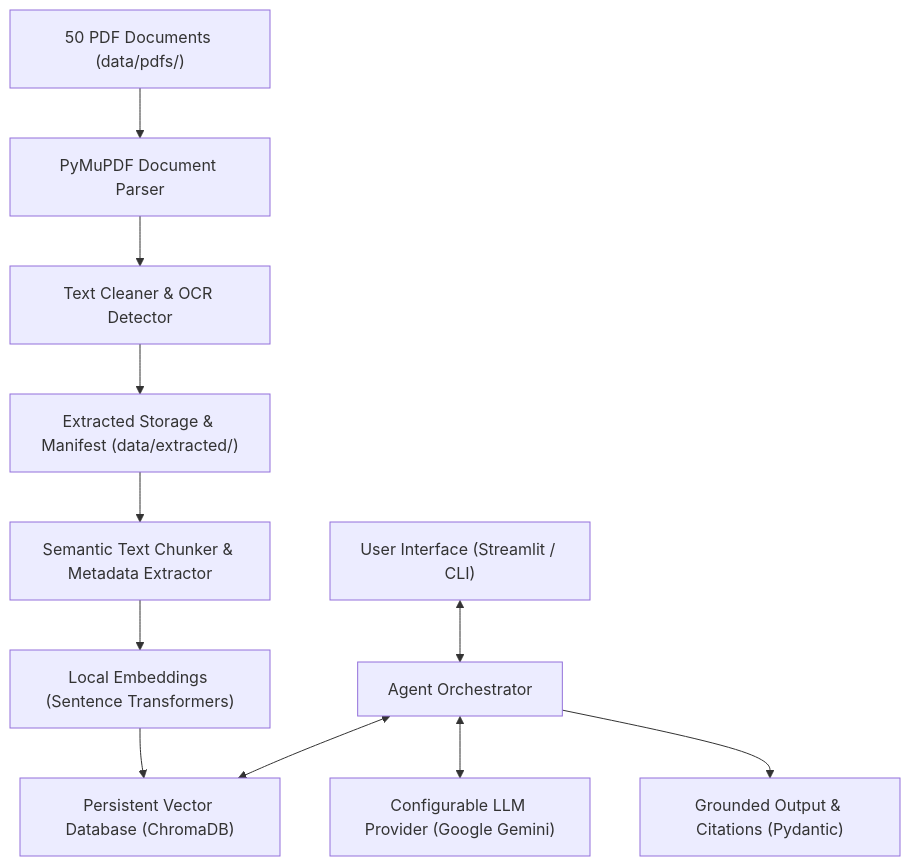
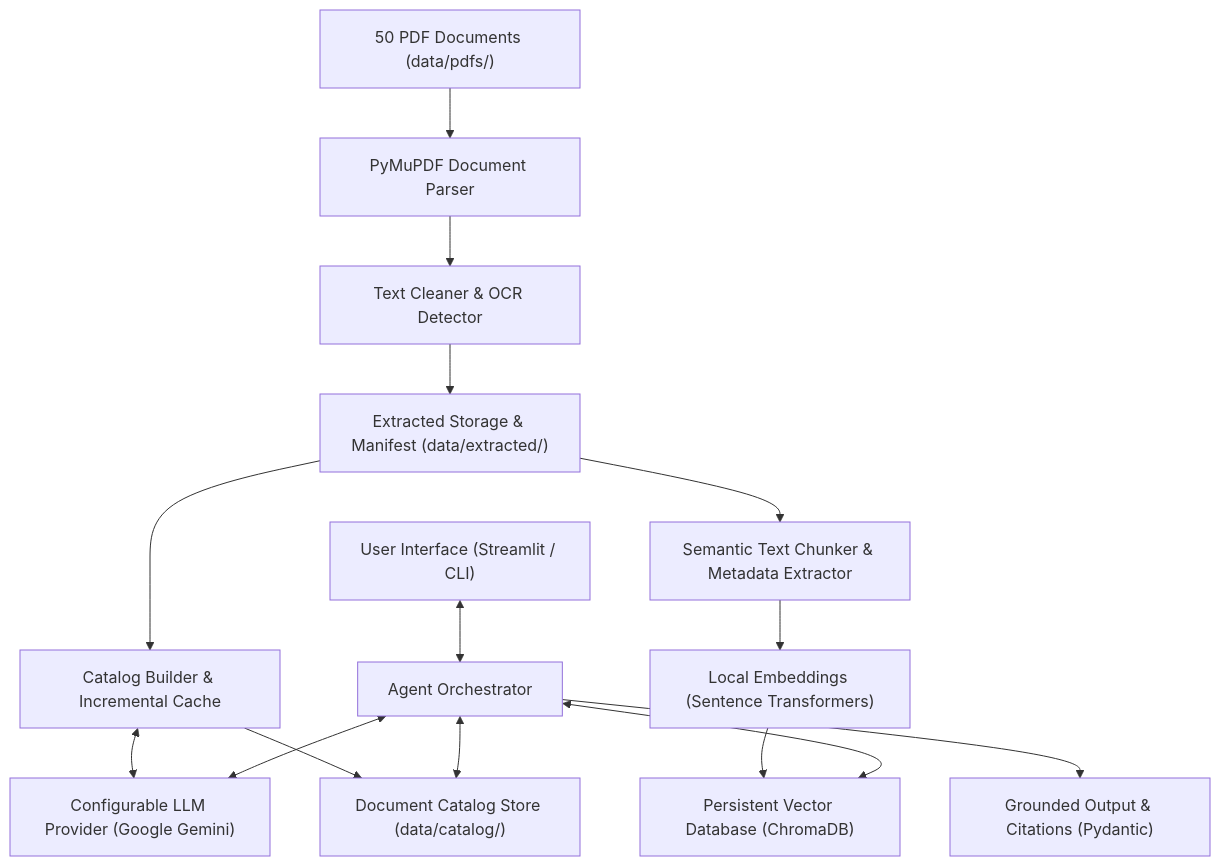
Before and after one commit to DIVYA-PAWAR-03/AI-Agent: the diagram in README.md, drawn with Mermaid. The commit also changed other lines of this file and 10 other files, not shown here.

````diff
--- a/README.md
+++ b/README.md
@@ -25,14 +25,20 @@
 ```mermaid
 flowchart TD
     PDFs["50 PDF Documents (data/pdfs/)"] --> Parser["PyMuPDF Document Parser"]
     Parser --> Cleaner["Text Cleaner & OCR Detector"]
     Cleaner --> Storage["Extracted Storage & Manifest (data/extracted/)"]
+    
+    Storage --> CatalogBuilder["Catalog Builder & Incremental Cache"]
+    CatalogBuilder <--> LLM["Configurable LLM Provider (Google Gemini)"]
+    CatalogBuilder --> CatalogStore["Document Catalog Store (data/catalog/)"]
+    
     Storage --> Chunker["Semantic Text Chunker & Metadata Extractor"]
     Chunker --> Embedder["Local Embeddings (Sentence Transformers)"]
     Embedder --> VectorDB["Persistent Vector Database (ChromaDB)"]
     
     User["User Interface (Streamlit / CLI)"] <--> Agent["Agent Orchestrator"]
     Agent <--> VectorDB
-    Agent <--> LLM["Configurable LLM Provider (Google Gemini)"]
+    Agent <--> CatalogStore
+    Agent <--> LLM
     Agent --> Formatter["Grounded Output & Citations (Pydantic)"]
 ```
````
